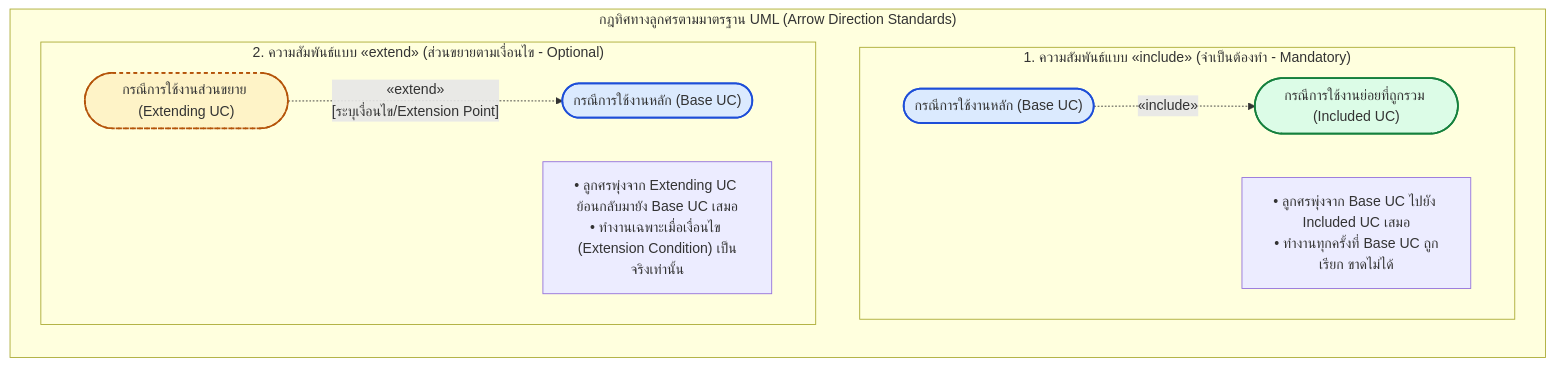
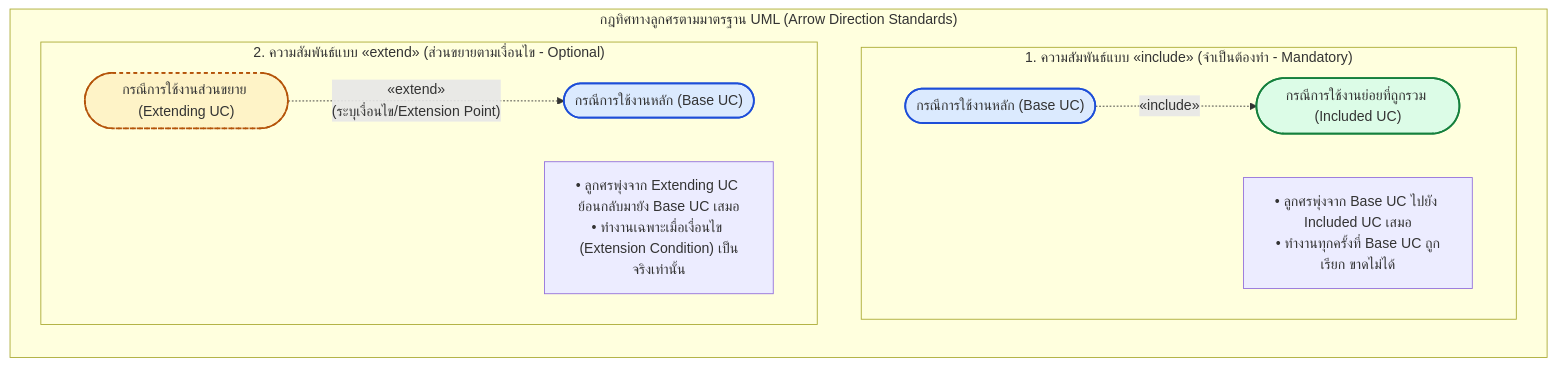
One commit to Phoomss/interviewx-datahub changed the first of 5 diagrams in docs-interviex/04_System_Architecture/v1.1_diagrams/InterviewX_Use_Case_Diagrams_v1.1.md. Above: the diagram before and after it, drawn with Mermaid. The commit also changed other lines of this file and 21 other files, not shown here.

Commit message:
fix error Unable to render rich display for all diagram

````diff
--- a/docs-interviex/04_System_Architecture/v1.1_diagrams/InterviewX_Use_Case_Diagrams_v1.1.md
+++ b/docs-interviex/04_System_Architecture/v1.1_diagrams/InterviewX_Use_Case_Diagrams_v1.1.md
@@ -13,22 +13,22 @@
 ```mermaid
 flowchart LR
   subgraph NotationRule["กฎทิศทางลูกศรตามมาตรฐาน UML (Arrow Direction Standards)"]
     direction TB
     subgraph IncludeConcept["1. ความสัมพันธ์แบบ «include» (จำเป็นต้องทำ - Mandatory)"]
-      Base1(["กรณีการใช้งานหลัก (Base UC)"]) -. "«include»" .-> Inc1(["กรณีการใช้งานย่อยที่ถูกรวม (Included UC)"])
-      note1["• ลูกศรพุ่งจาก Base UC ไปยัง Included UC เสมอ\n• ทำงานทุกครั้งที่ Base UC ถูกเรียก ขาดไม่ได้"]
+      Base1(["กรณีการใช้งานหลัก (Base UC)"]) -.->|"«include»"| Inc1(["กรณีการใช้งานย่อยที่ถูกรวม (Included UC)"])
+      note1["• ลูกศรพุ่งจาก Base UC ไปยัง Included UC เสมอ<br/>• ทำงานทุกครั้งที่ Base UC ถูกเรียก ขาดไม่ได้"]
     end
     subgraph ExtendConcept["2. ความสัมพันธ์แบบ «extend» (ส่วนขยายตามเงื่อนไข - Optional)"]
-      Ext1(["กรณีการใช้งานส่วนขยาย (Extending UC)"]) -. "«extend»\n[ระบุเงื่อนไข/Extension Point]" .-> Base2(["กรณีการใช้งานหลัก (Base UC)"])
-      note2["• ลูกศรพุ่งจาก Extending UC ย้อนกลับมายัง Base UC เสมอ\n• ทำงานเฉพาะเมื่อเงื่อนไข (Extension Condition) เป็นจริงเท่านั้น"]
+      Ext1(["กรณีการใช้งานส่วนขยาย (Extending UC)"]) -.->|"«extend»<br/>(ระบุเงื่อนไข/Extension Point)"| Base2(["กรณีการใช้งานหลัก (Base UC)"])
+      note2["• ลูกศรพุ่งจาก Extending UC ย้อนกลับมายัง Base UC เสมอ<br/>• ทำงานเฉพาะเมื่อเงื่อนไข (Extension Condition) เป็นจริงเท่านั้น"]
     end
   end
 
-  classDef baseStyle fill:#dbeafe,stroke:#1d4ed8,stroke-width:2px;
-  classDef incStyle fill:#dcfce7,stroke:#15803d,stroke-width:2px;
-  classDef extStyle fill:#fef3c7,stroke:#b45309,stroke-width:2px,stroke-dasharray:4 4;
+  classDef baseStyle fill:#dbeafe,stroke:#1d4ed8,stroke-width:2px
+  classDef incStyle fill:#dcfce7,stroke:#15803d,stroke-width:2px
+  classDef extStyle fill:#fef3c7,stroke:#b45309,stroke-width:2px,stroke-dasharray:4 4
 
-  class Base1,Base2 baseStyle;
-  class Inc1 incStyle;
-  class Ext1 extStyle;
+  class Base1,Base2 baseStyle
+  class Inc1 incStyle
+  class Ext1 extStyle
 ```
````
